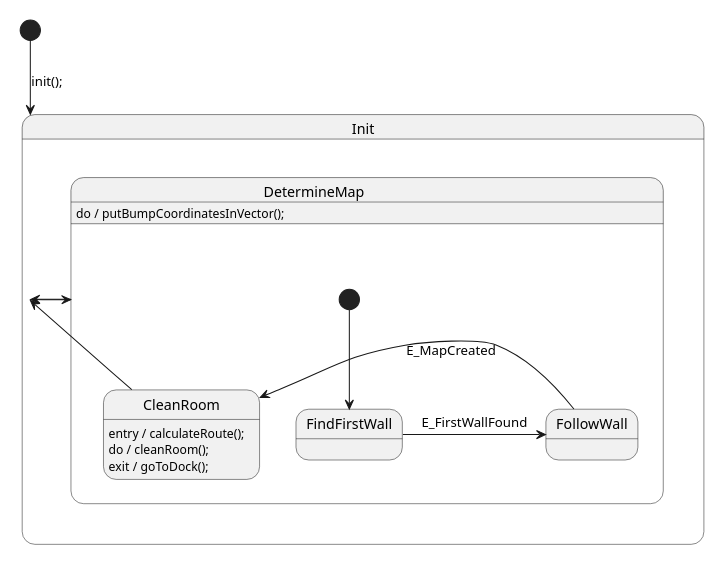
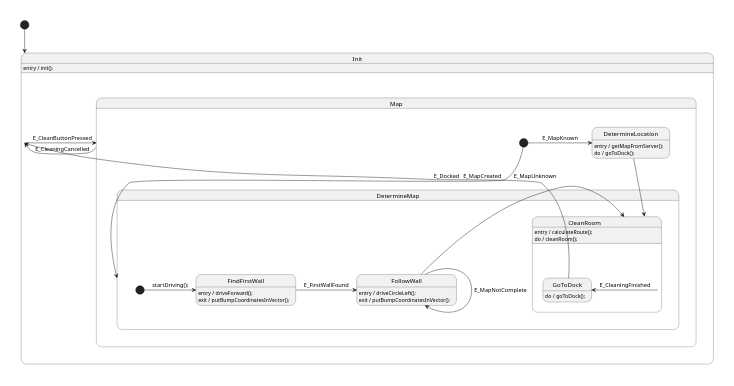
Before and after one commit to VvWijhe/Cleanify: the diagram in UML/state_machine_algoritm.puml, drawn with PlantUML.

Commit message:
Algorithm state machine

```diff
--- a/UML/state_machine_algoritm.puml
+++ b/UML/state_machine_algoritm.puml
@@ -1,23 +1,43 @@
 @startuml
 scale 350 width
-[*] --> Init : init();
+[*] --down> Init
 
 state Init {
-  Init -down> DetermineMap
+    Init: entry / init();
+    Init -down> Map: E_CleanButtonPressed
 }
 
-state DetermineMap {
-DetermineMap: do / putBumpCoordinatesInVector();
-  [*] --> FindFirstWall
-  FindFirstWall -> FollowWall : E_FirstWallFound
-  FollowWall -> CleanRoom : E_MapCreated
-  DetermineMap -up> Init
+state Map {
+    [*] --down> DetermineMap: E_MapUnknown
+    [*] -right> DetermineLocation: E_MapKnown
+    Map -up> Init: E_CleaningCancelled
+    state DetermineMap {
+        [*] -> FindFirstWall: startDriving();
+        FindFirstWall: entry / driveForward();
+        FindFirstWall: exit / putBumpCoordinatesInVector();
+        FollowWall: entry / driveCircleLeft();
+        FollowWall: exit / putBumpCoordinatesInVector();
+
+        FindFirstWall -right> FollowWall : E_FirstWallFound
+        FollowWall -up> CleanRoom : E_MapCreated
+        FollowWall -> FollowWall: E_MapNotComplete
+    }
+
+    state DetermineLocation {
+        DetermineLocation: entry / getMapFromServer();
+        DetermineLocation: do / goToDock();
+        DetermineLocation -> CleanRoom
+    }
 }
 
 state CleanRoom {
-CleanRoom: entry / calculateRoute();
-CleanRoom: do / cleanRoom();
-CleanRoom: exit / goToDock();
-CleanRoom -left> Init
+    CleanRoom: entry / calculateRoute();
+    CleanRoom: do / cleanRoom();
+    CleanRoom -up> GoToDock : E_CleaningFinished
+}
+
+state GoToDock {
+    GoToDock -up> Init: E_Docked
+    GoToDock: do / goToDock();
 }
 @enduml
```
